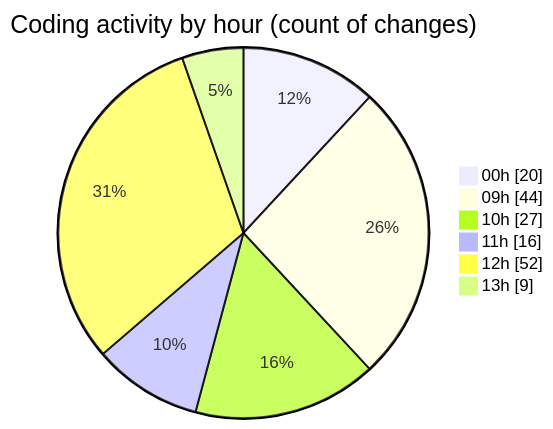
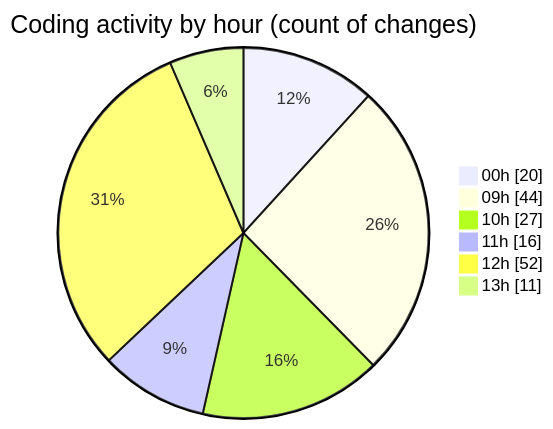
Before and after one commit to momahboobian/code-tracking: the second of 2 diagrams in 2025-03-19/cda/README.md, drawn with Mermaid. The commit also changed other lines of this file and 1 other file, not shown here.

````diff
--- a/2025-03-19/cda/README.md
+++ b/2025-03-19/cda/README.md
@@ -32,10 +32,10 @@
 ```mermaid
 pie showData
 title Coding activity by hour (count of changes)
 "00h" : 20
 "09h" : 44
 "10h" : 27
 "11h" : 16
 "12h" : 52
-"13h" : 9
+"13h" : 11
 ```
````
